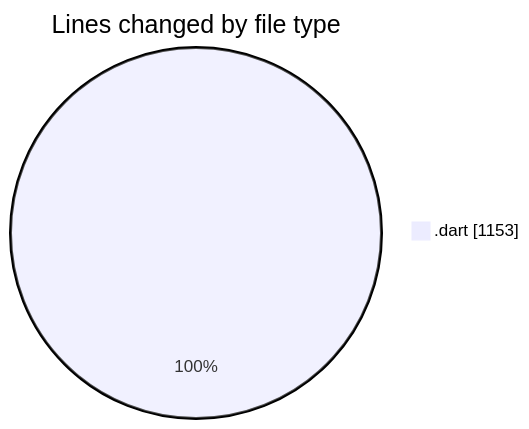
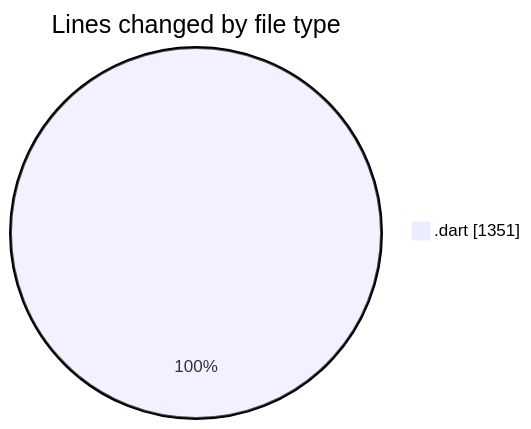
One commit to donsfak/code-tracking changed the first of 2 diagrams in 2025-04-10/trackers_app/README.md. Above: the diagram before and after it, drawn with Mermaid. The commit also changed other lines of this file and 1 other file, not shown here.

````diff
--- a/2025-04-10/trackers_app/README.md
+++ b/2025-04-10/trackers_app/README.md
@@ -34,5 +35,5 @@
 ```mermaid
 pie showData
 title Lines changed by file type
-".dart" : 1153
+".dart" : 1351
 ```
````
